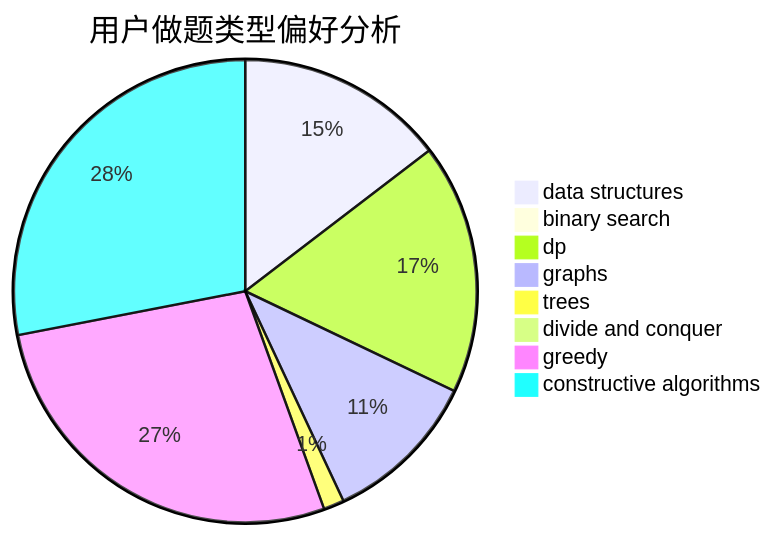
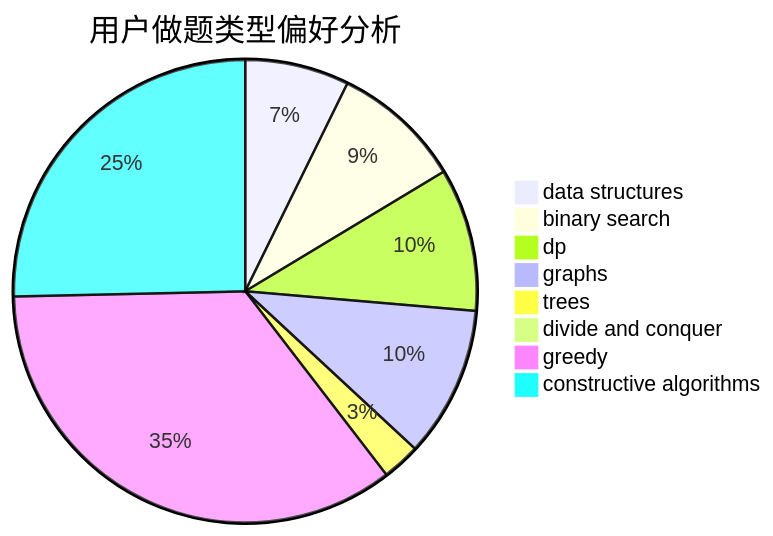
Before and after one commit to sherpahu/cfrs.github.io: the second of 3 diagrams in docs/user/u2267.md, drawn with Mermaid. The commit also changed other lines of this file and 2770 other files, not shown here.

````diff
--- a/docs/user/u2267.md
+++ b/docs/user/u2267.md
@@ -23,11 +23,11 @@
 ```mermaid
 pie title 用户做题类型偏好分析
-    "data structures" :  375
-    "binary search" :  4
-    "dp" :  449
-    "graphs" :  281
-    "trees" :  37
-    "divide and conquer" :  5
-    "greedy" :  706
-    "constructive algorithms" :  720
+    "data structures" :  131
+    "binary search" :  164
+    "dp" :  180
+    "graphs" :  190
+    "trees" :  48
+    "divide and conquer" :  18
+    "greedy" :  632
+    "constructive algorithms" :  457
 ```
````
